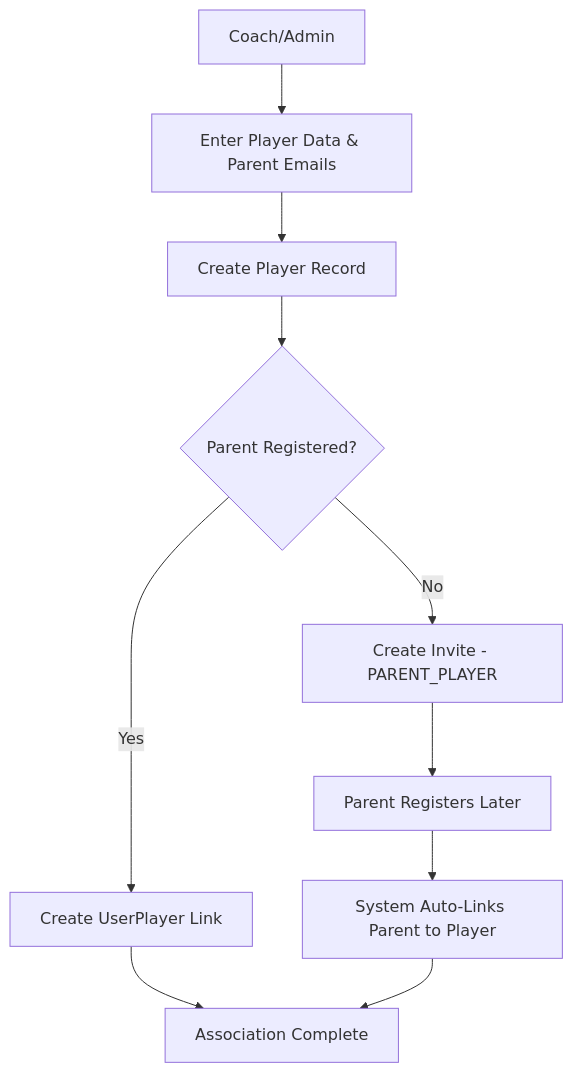
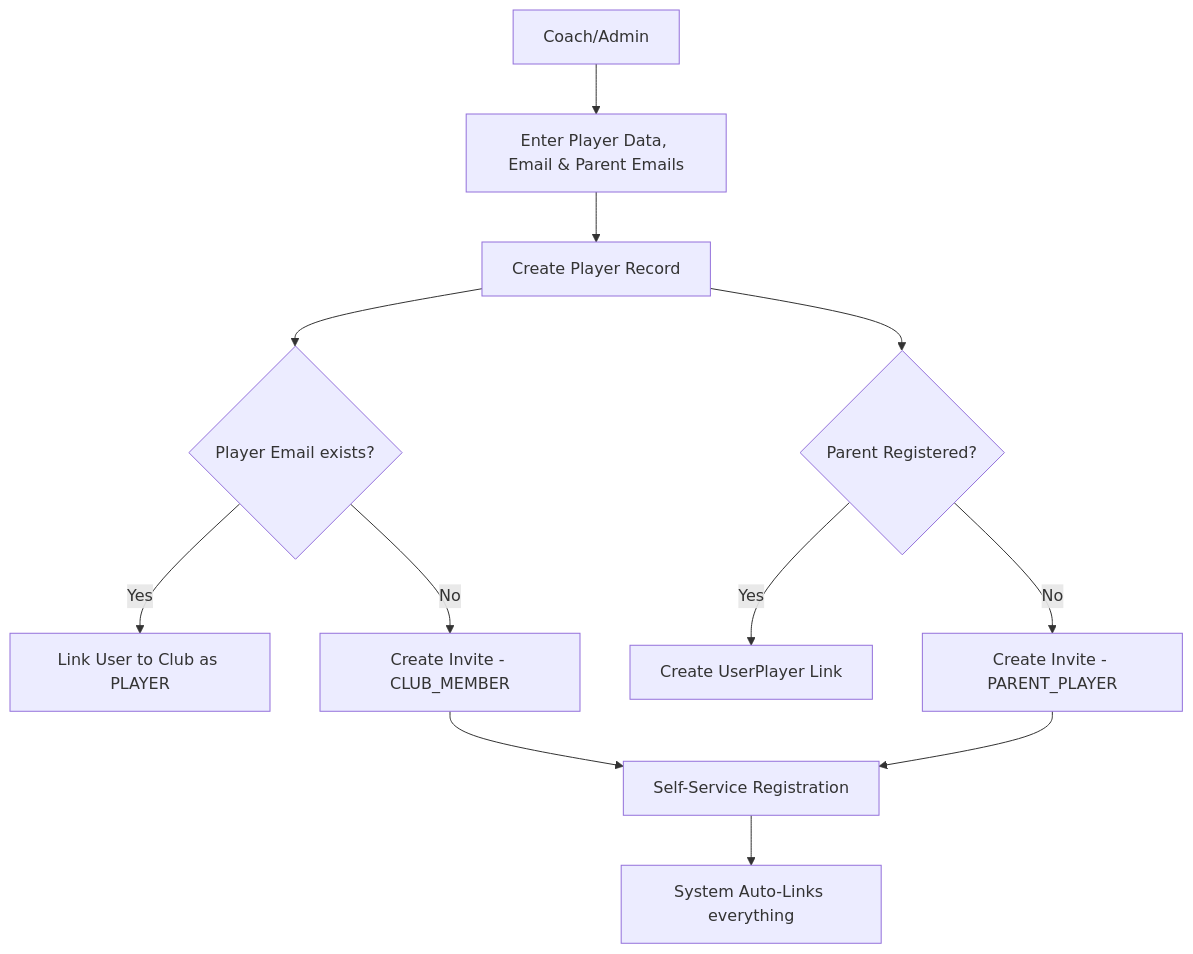
One commit to ricardofrango/squadify changed the fourth of 7 diagrams in TECHNICAL_DECISIONS.md. Above: the diagram before and after it, drawn with Mermaid. The commit also changed other lines of this file and 9 other files, not shown here.

Commit message:
Add invites for when a user is associated to a team or club

````diff
--- a/TECHNICAL_DECISIONS.md
+++ b/TECHNICAL_DECISIONS.md
@@ -133,12 +139,14 @@
 ```mermaid
 graph TD
-    A[Coach/Admin] --> B[Enter Player Data & Parent Emails]
+    A[Coach/Admin] --> B[Enter Player Data, Email & Parent Emails]
     B --> C[Create Player Record]
-    C --> D{Parent Registered?}
-    D -->|Yes| E[Create UserPlayer Link]
-    D -->|No| F[Create Invite - PARENT_PLAYER]
-    F --> G[Parent Registers Later]
-    G --> H[System Auto-Links Parent to Player]
-    E --> I[Association Complete]
-    H --> I
+    C --> D{Player Email exists?}
+    D -->|Yes| E[Link User to Club as PLAYER]
+    D -->|No| F[Create Invite - CLUB_MEMBER]
+    C --> G{Parent Registered?}
+    G -->|Yes| H[Create UserPlayer Link]
+    G -->|No| I[Create Invite - PARENT_PLAYER]
+    F --> J[Self-Service Registration]
+    I --> J
+    J --> K[System Auto-Links everything]
 ```
````
